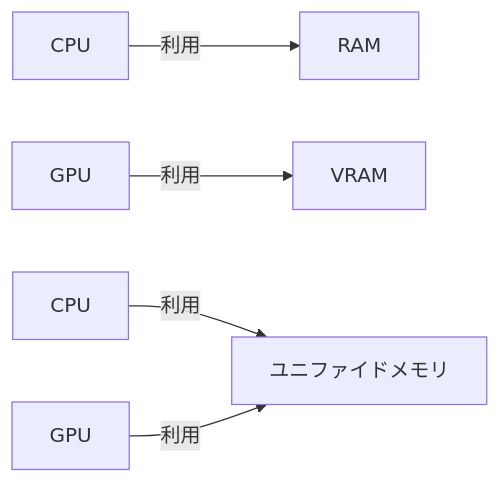
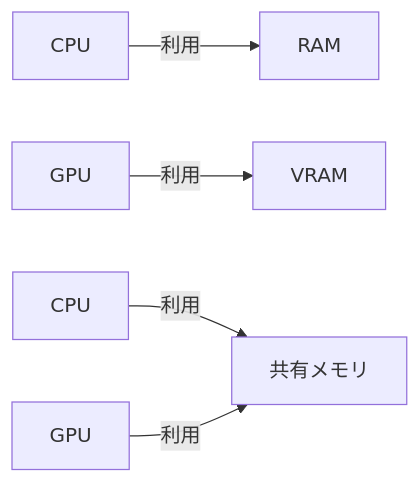
Before and after one commit to SparklingDetergent/doc_genai_About_the_local_LLM_operating_environment: the third of 12 diagrams in README.md, drawn with Mermaid. The commit also changed other lines of this file, not shown here.

````diff
--- a/README.md
+++ b/README.md
@@ -108,7 +108,7 @@
 ```mermaid
 graph LR
     A[CPU] -->|利用| B[RAM]
     C[GPU] -->|利用| D[VRAM]
-    E[CPU] -->|利用| F[ユニファイドメモリ]
+    E[CPU] -->|利用| F[共有メモリ]
     G[GPU] -->|利用| F
 ```
````
